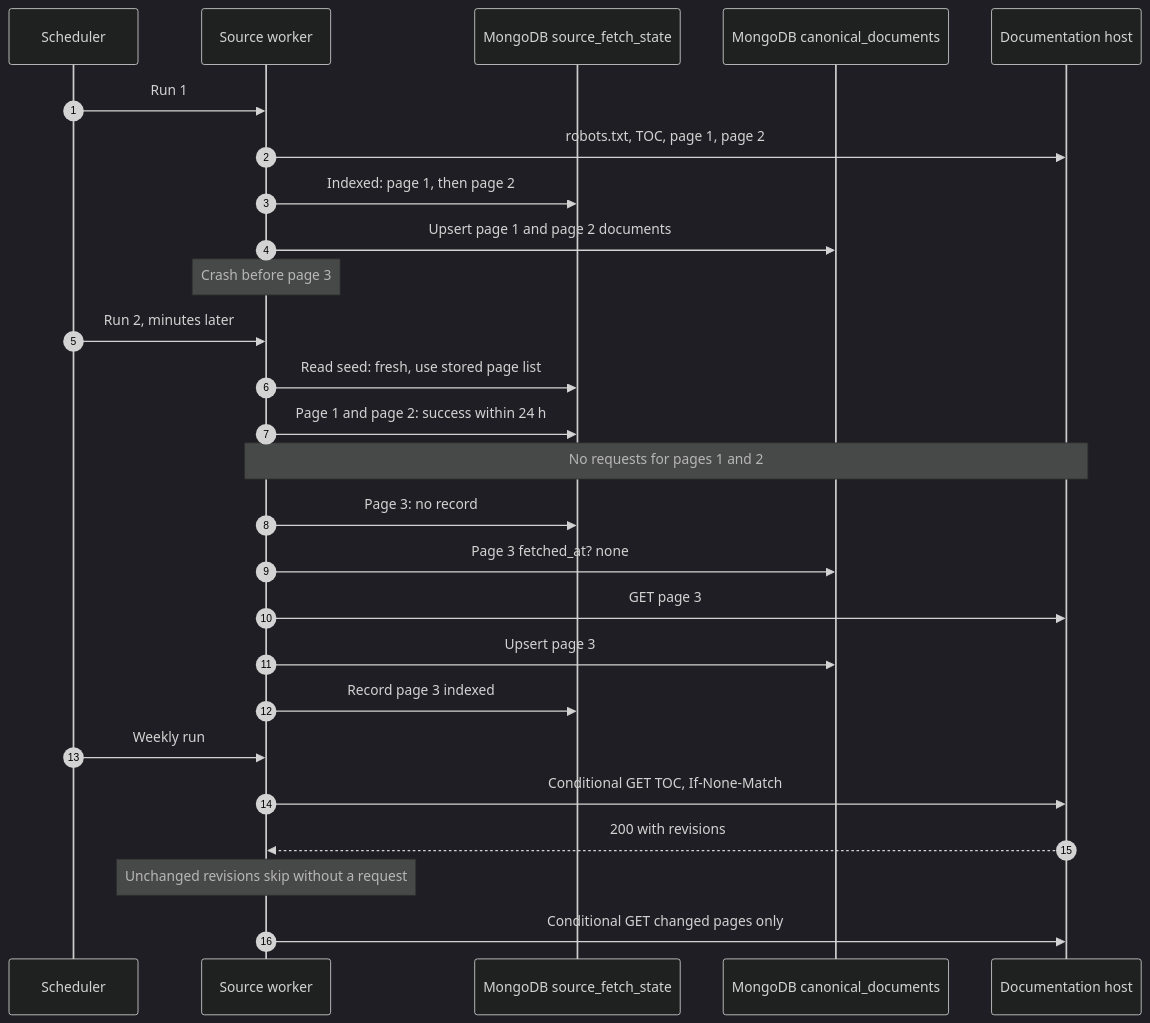
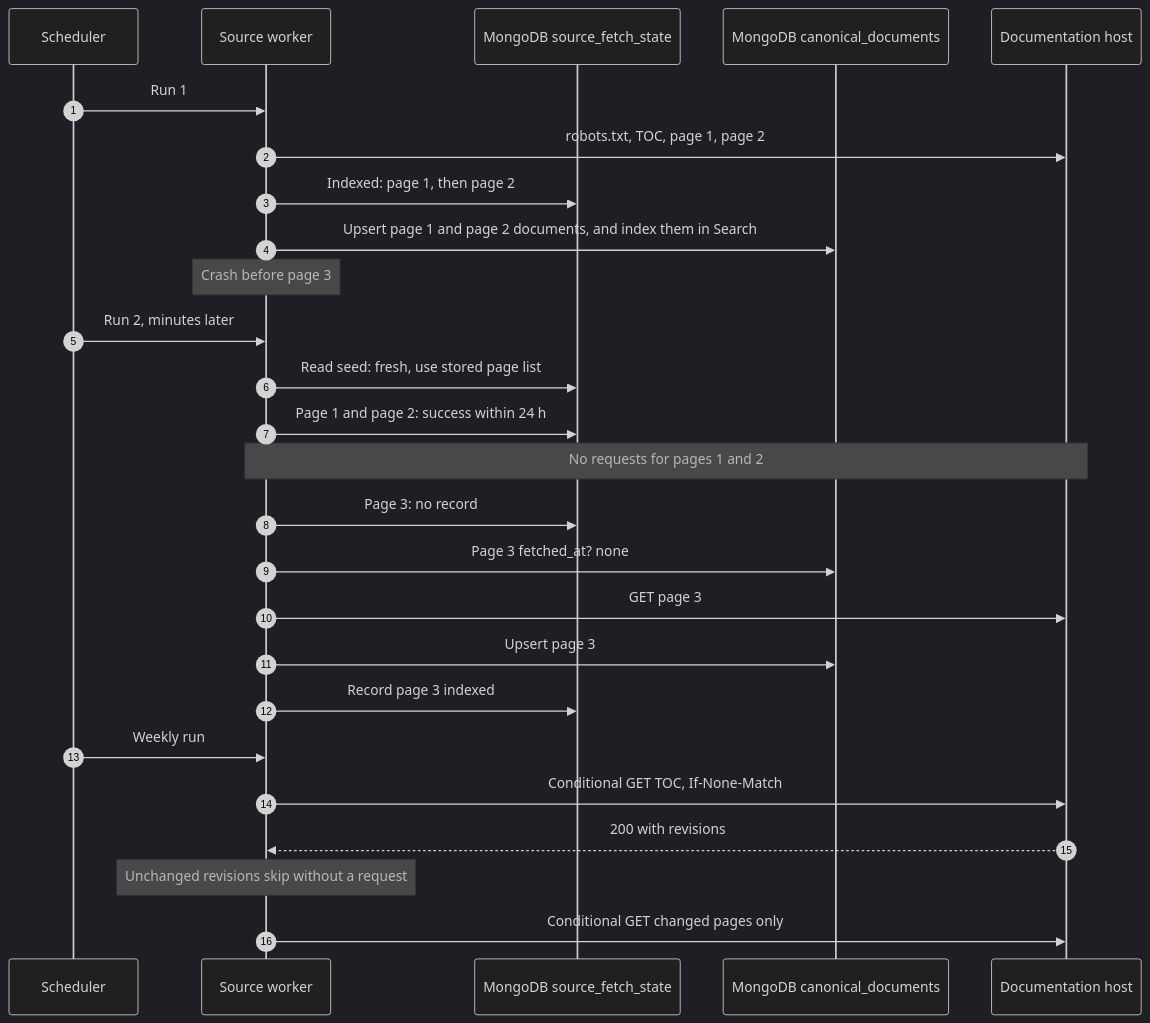
The fourth of 9 diagrams in docs/architecture/architecture-overview.md (ubk1004/product-support-agent), drawn with Mermaid (dark theme) before and after one commit. The commit also changed other lines of this file and 38 other files, not shown here.

````diff
--- a/docs/architecture/architecture-overview.md
+++ b/docs/architecture/architecture-overview.md
@@ -184,31 +188,31 @@
 ```mermaid
 sequenceDiagram
     autonumber
     participant Sched as Scheduler
     participant Run as Source worker
     participant State as MongoDB source_fetch_state
     participant Docs as MongoDB canonical_documents
     participant Site as Documentation host
 
     Sched->>Run: Run 1
     Run->>Site: robots.txt, TOC, page 1, page 2
     Run->>State: Indexed: page 1, then page 2
-    Run->>Docs: Upsert page 1 and page 2 documents
+    Run->>Docs: Upsert page 1 and page 2 documents, and index them in Search
     Note over Run: Crash before page 3
 
     Sched->>Run: Run 2, minutes later
     Run->>State: Read seed: fresh, use stored page list
     Run->>State: Page 1 and page 2: success within 24 h
     Note over Run,Site: No requests for pages 1 and 2
     Run->>State: Page 3: no record
     Run->>Docs: Page 3 fetched_at? none
     Run->>Site: GET page 3
     Run->>Docs: Upsert page 3
     Run->>State: Record page 3 indexed
 
     Sched->>Run: Weekly run
     Run->>Site: Conditional GET TOC, If-None-Match
     Site-->>Run: 200 with revisions
     Note over Run: Unchanged revisions skip without a request
     Run->>Site: Conditional GET changed pages only
 ```
````
